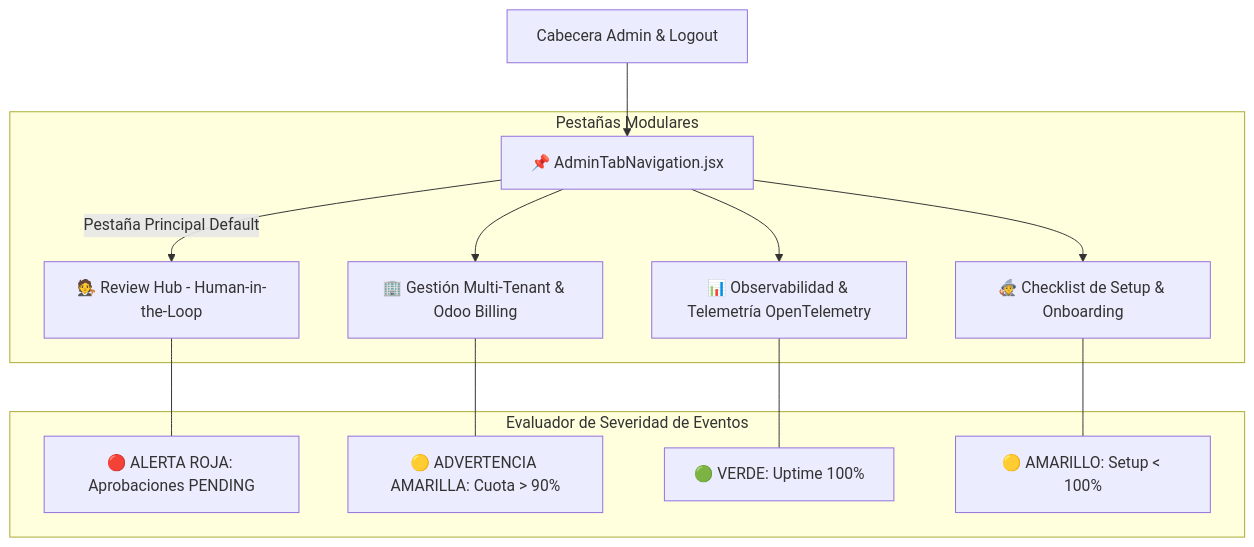
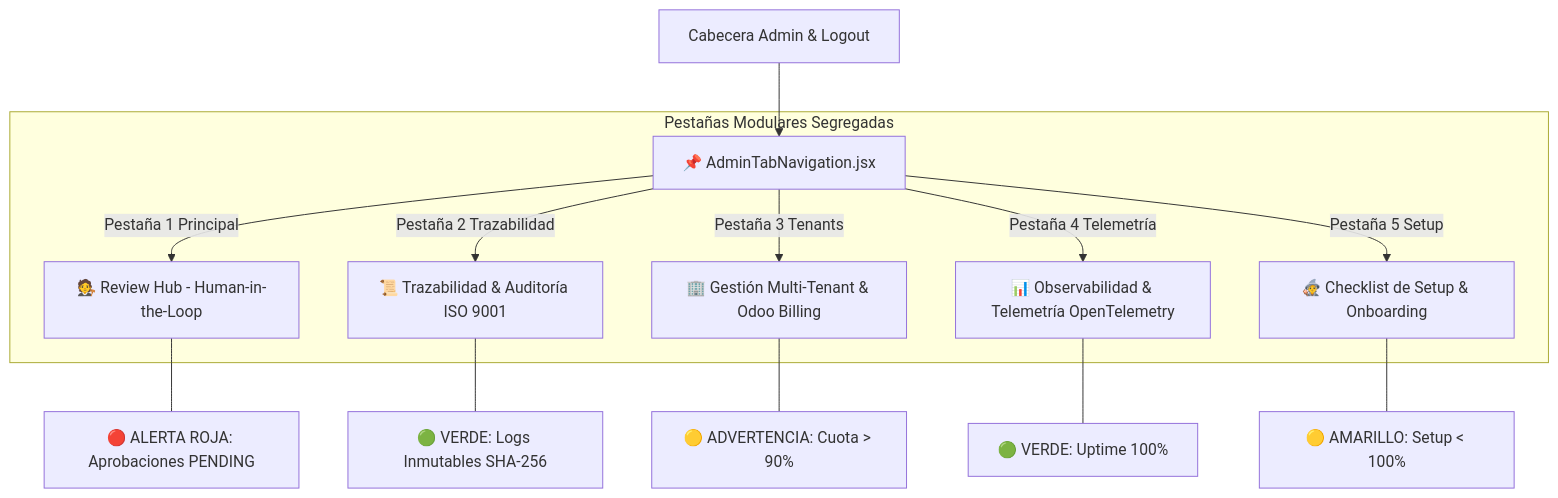
One commit to onlyone-ai-pods/aipods-docs changed the diagram in specs/03_admin_hub_compliance/39_admin_tab_navigation_and_alert_badges_spec.md. Above: the diagram before and after it, drawn with Mermaid. The commit also changed other lines of this file, not shown here.

Commit message:
[FEAT] docs: update SPEC-CORE-39 to 5-Tab Architecture v67.0.0

````diff
--- a/specs/03_admin_hub_compliance/39_admin_tab_navigation_and_alert_badges_spec.md
+++ b/specs/03_admin_hub_compliance/39_admin_tab_navigation_and_alert_badges_spec.md
@@ -22,18 +22,18 @@
 ```mermaid
 graph TD
     Header[Cabecera Admin & Logout] --> TabNav[📌 AdminTabNavigation.jsx]
     
-    subgraph Pestañas Modulares
-        TabNav -->|Pestaña Principal Default| Tab1[🧑‍⚖️ Review Hub - Human-in-the-Loop]
-        TabNav --> Tab2[🏢 Gestión Multi-Tenant & Odoo Billing]
-        TabNav --> Tab3[📊 Observabilidad & Telemetría OpenTelemetry]
-        TabNav --> Tab4[🧙 Checklist de Setup & Onboarding]
+    subgraph Pestañas Modulares Segregadas
+        TabNav -->|Pestaña 1 Principal| Tab1[🧑‍⚖️ Review Hub - Human-in-the-Loop]
+        TabNav -->|Pestaña 2 Trazabilidad| Tab2[📜 Trazabilidad & Auditoría ISO 9001]
+        TabNav -->|Pestaña 3 Tenants| Tab3[🏢 Gestión Multi-Tenant & Odoo Billing]
+        TabNav -->|Pestaña 4 Telemetría| Tab4[📊 Observabilidad & Telemetría OpenTelemetry]
+        TabNav -->|Pestaña 5 Setup| Tab5[🧙 Checklist de Setup & Onboarding]
     end
 
-    subgraph Evaluador de Severidad de Eventos
-        Tab1 --- Badge1[🔴 ALERTA ROJA: Aprobaciones PENDING]
-        Tab2 --- Badge2[🟡 ADVERTENCIA AMARILLA: Cuota > 90%]
-        Tab3 --- Badge3[🟢 VERDE: Uptime 100%]
-        Tab4 --- Badge4[🟡 AMARILLO: Setup < 100%]
-    end
+    Tab1 --- Badge1[🔴 ALERTA ROJA: Aprobaciones PENDING]
+    Tab2 --- Badge2[🟢 VERDE: Logs Inmutables SHA-256]
+    Tab3 --- Badge3[🟡 ADVERTENCIA: Cuota > 90%]
+    Tab4 --- Badge4[🟢 VERDE: Uptime 100%]
+    Tab5 --- Badge5[🟡 AMARILLO: Setup < 100%]
 ```
````
